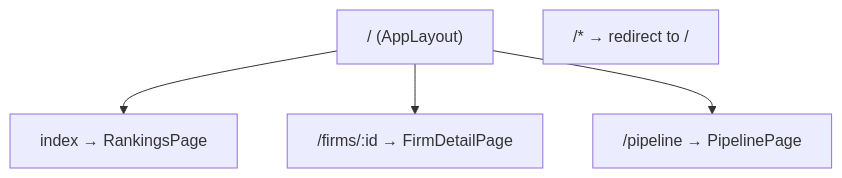
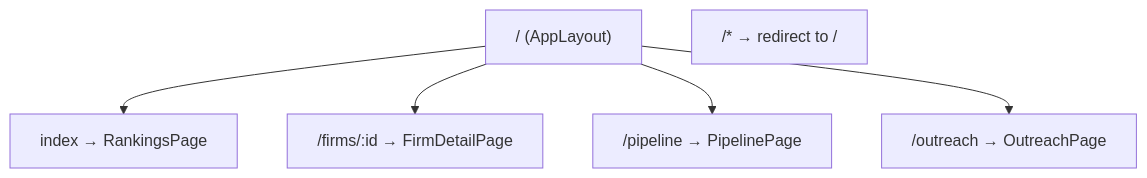
Before and after one commit to GuilhermeDaSilvaFerreira/ai-usage-scraper: the first of 2 diagrams in frontend/docs/ARCHITECTURE.md, drawn with Mermaid. The commit also changed other lines of this file and 52 other files, not shown here.

````diff
--- a/frontend/docs/ARCHITECTURE.md
+++ b/frontend/docs/ARCHITECTURE.md
@@ -74,7 +92,8 @@
 ```mermaid
 flowchart TD
     ROOT["/ (AppLayout)"] --> RANK["index → RankingsPage"]
     ROOT --> FIRM["/firms/:id → FirmDetailPage"]
     ROOT --> PIPE["/pipeline → PipelinePage"]
+    ROOT --> OUT["/outreach → OutreachPage"]
     CATCH["/* → redirect to /"]
 ```
````
